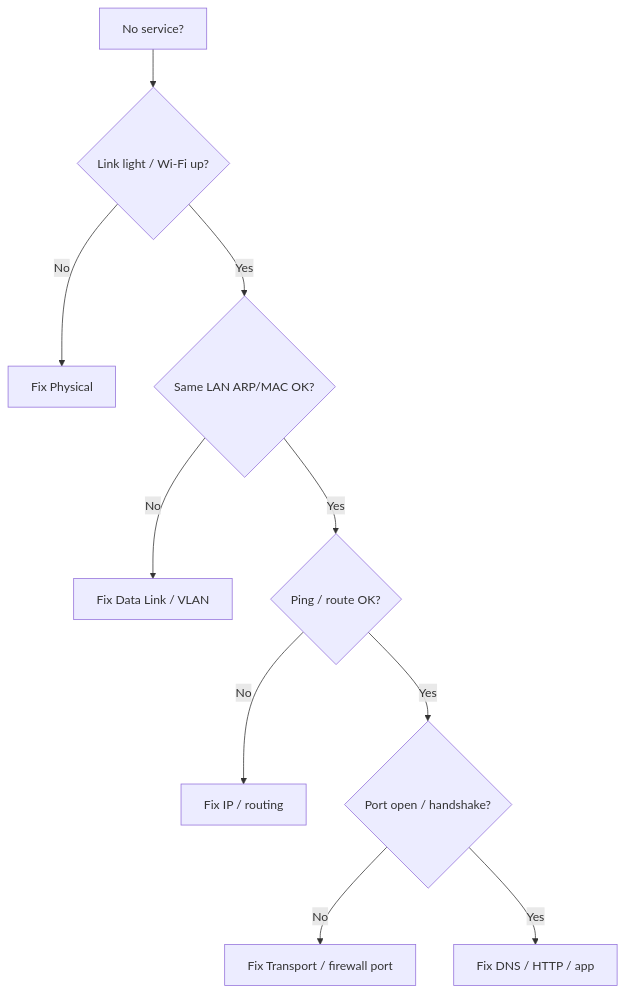
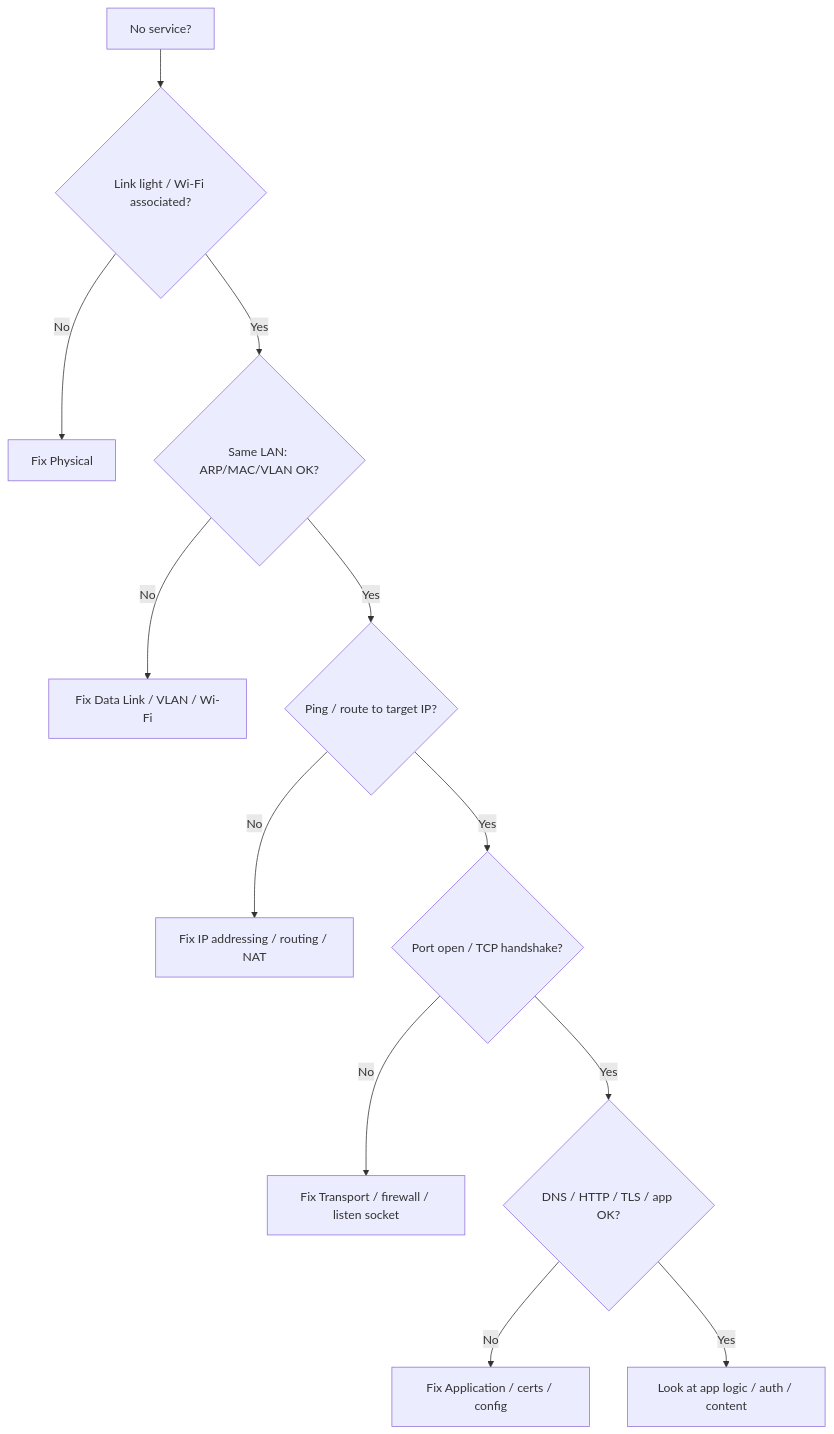
The fifth of 5 diagrams in learning/02-osi-model.md (omnayak27199/pktana), drawn with Mermaid before and after one commit. The commit also changed other lines of this file and 14 other files, not shown here.

````diff
--- a/learning/02-osi-model.md
+++ b/learning/02-osi-model.md
@@ -81,12 +256,14 @@
 ```mermaid
 flowchart TB
-  A[No service?] --> B{Link light / Wi‑Fi up?}
+  A[No service?] --> B{Link light / Wi-Fi associated?}
   B -->|No| L1[Fix Physical]
-  B -->|Yes| C{Same LAN ARP/MAC OK?}
-  C -->|No| L2[Fix Data Link / VLAN]
-  C -->|Yes| D{Ping / route OK?}
-  D -->|No| L3[Fix IP / routing]
-  D -->|Yes| E{Port open / handshake?}
-  E -->|No| L4[Fix Transport / firewall port]
-  E -->|Yes| L7[Fix DNS / HTTP / app]
+  B -->|Yes| C{Same LAN: ARP/MAC/VLAN OK?}
+  C -->|No| L2[Fix Data Link / VLAN / Wi-Fi]
+  C -->|Yes| D{Ping / route to target IP?}
+  D -->|No| L3[Fix IP addressing / routing / NAT]
+  D -->|Yes| E{Port open / TCP handshake?}
+  E -->|No| L4[Fix Transport / firewall / listen socket]
+  E -->|Yes| F{DNS / HTTP / TLS / app OK?}
+  F -->|No| L7[Fix Application / certs / config]
+  F -->|Yes| OK[Look at app logic / auth / content]
 ```
````
